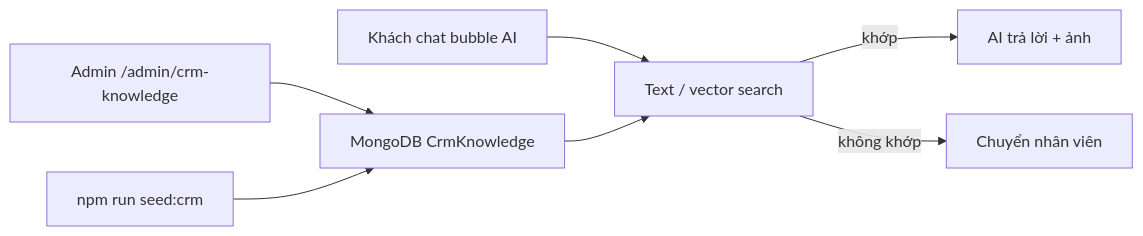
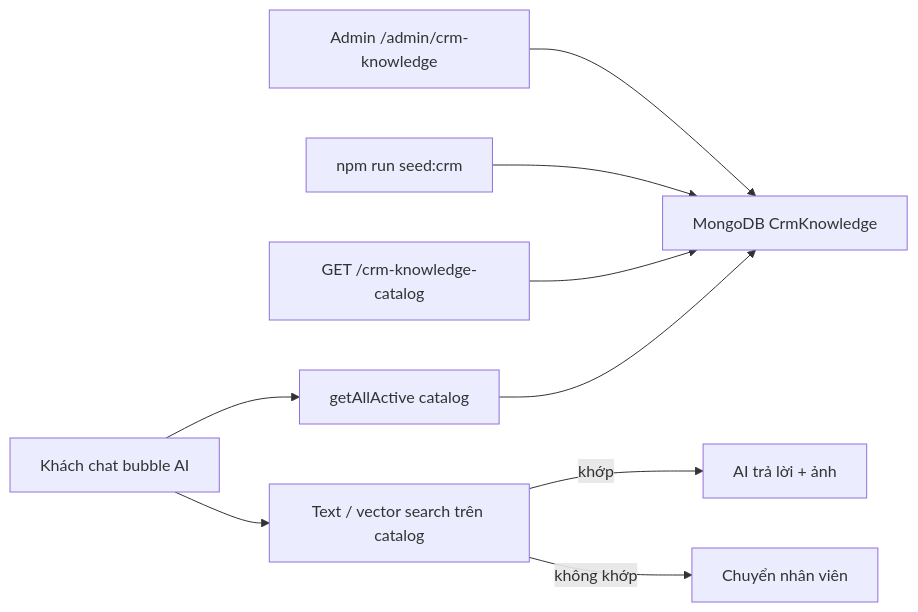
The diagram in docs/CRM_AI_HUONG_DAN.md (nguyentay52636/real-estate-project-api), drawn with Mermaid before and after one commit. The commit also changed other lines of this file and 6 other files, not shown here.

Commit message:
feat: implement API catalog for CRM knowledge retrieval and enhance vector search functionality

````diff
--- a/docs/CRM_AI_HUONG_DAN.md
+++ b/docs/CRM_AI_HUONG_DAN.md
@@ -70,9 +80,11 @@
 ```mermaid
 flowchart LR
   admin["Admin /admin/crm-knowledge"] --> db["MongoDB CrmKnowledge"]
   seed["npm run seed:crm"] --> db
-  chat["Khách chat bubble AI"] --> search["Text / vector search"]
-  db --> search
+  catalogApi["GET /crm-knowledge-catalog"] --> db
+  chat["Khách chat bubble AI"] --> getAll["getAllActive catalog"]
+  getAll --> db
+  chat --> search["Text / vector search trên catalog"]
   search -->|khớp| aiReply["AI trả lời + ảnh"]
   search -->|không khớp| handoff["Chuyển nhân viên"]
 ```
````
